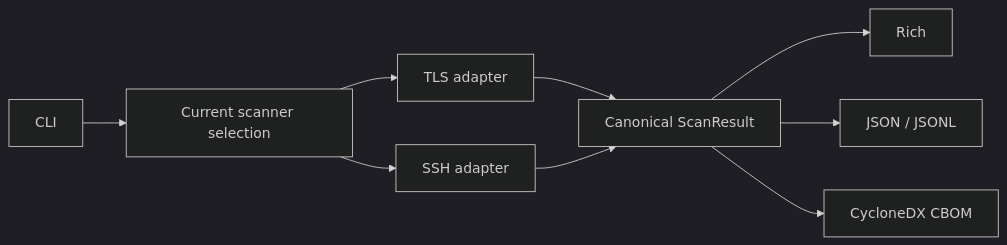
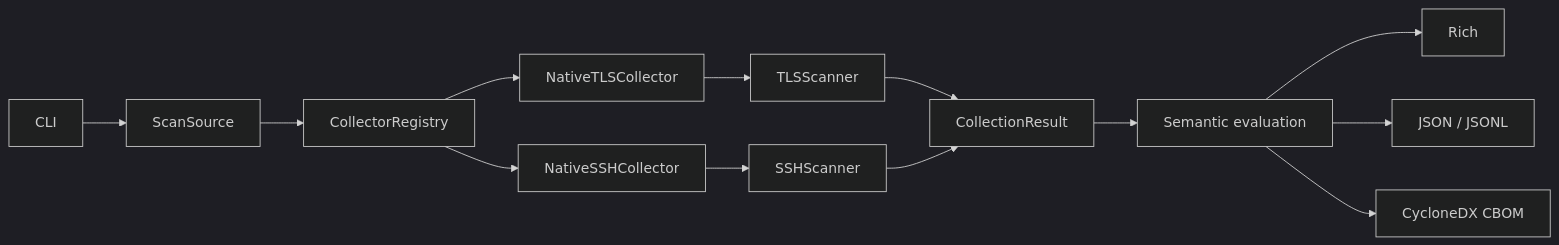
Before and after one commit to BreachSAFE/qureddy: the diagram in docs/architecture/scan-contract.md, drawn with Mermaid (dark theme). The commit also changed other lines of this file and 1 other file, not shown here.

Commit message:
docs: align architecture diagrams with collector registry

````diff
--- a/docs/architecture/scan-contract.md
+++ b/docs/architecture/scan-contract.md
@@ -24,11 +28,15 @@
 ```mermaid
 flowchart LR
-    cli["CLI"] --> registry["Current scanner selection"]
-    registry --> tls["TLS adapter"]
-    registry --> ssh["SSH adapter"]
-    tls --> result["Canonical ScanResult"]
-    ssh --> result
-    result --> rich["Rich"]
-    result --> json["JSON / JSONL"]
-    result --> cbom["CycloneDX CBOM"]
+    cli["CLI"] --> source["ScanSource"]
+    source --> registry["CollectorRegistry"]
+    registry --> tls["NativeTLSCollector"]
+    registry --> ssh["NativeSSHCollector"]
+    tls --> tls_scan["TLSScanner"]
+    ssh --> ssh_scan["SSHScanner"]
+    tls_scan --> result["CollectionResult"]
+    ssh_scan --> result
+    result --> evaluation["Semantic evaluation"]
+    evaluation --> rich["Rich"]
+    evaluation --> json["JSON / JSONL"]
+    evaluation --> cbom["CycloneDX CBOM"]
 ```
````
